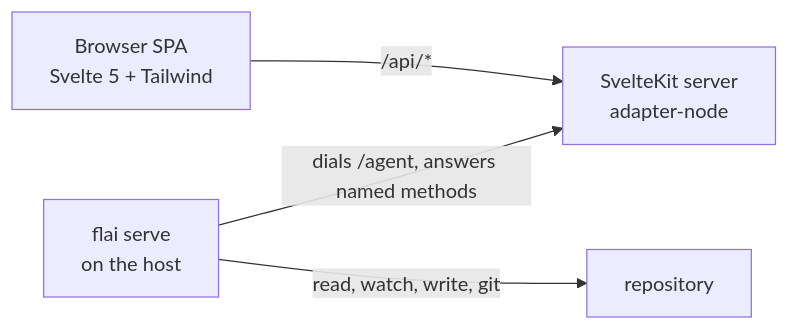
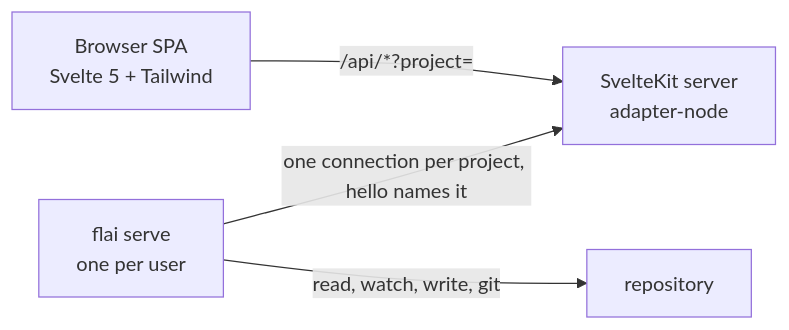
The diagram in design/system/flaiover-dashboard.md (bytepunx/system-flow), drawn with Mermaid before and after one commit. The commit also changed other lines of this file and 3 other files, not shown here.

First line of the commit message:
docs: [S-0080] the design and the operators' and users' documentation describe one dashboard for every project, including the upgrade from one container per project

````diff
--- a/design/system/flaiover-dashboard.md
+++ b/design/system/flaiover-dashboard.md
@@ -17,6 +17,6 @@
 ```mermaid
 flowchart LR
-    B[Browser SPA<br/>Svelte 5 + Tailwind] -->|/api/*| S[SvelteKit server<br/>adapter-node]
-    F[flai serve<br/>on the host] -->|dials /agent, answers named methods| S
+    B[Browser SPA<br/>Svelte 5 + Tailwind] -->|/api/*?project=| S[SvelteKit server<br/>adapter-node]
+    F[flai serve<br/>one per user] -->|one connection per project, hello names it| S
     F -->|read, watch, write, git| R[repository]
 ```
````
